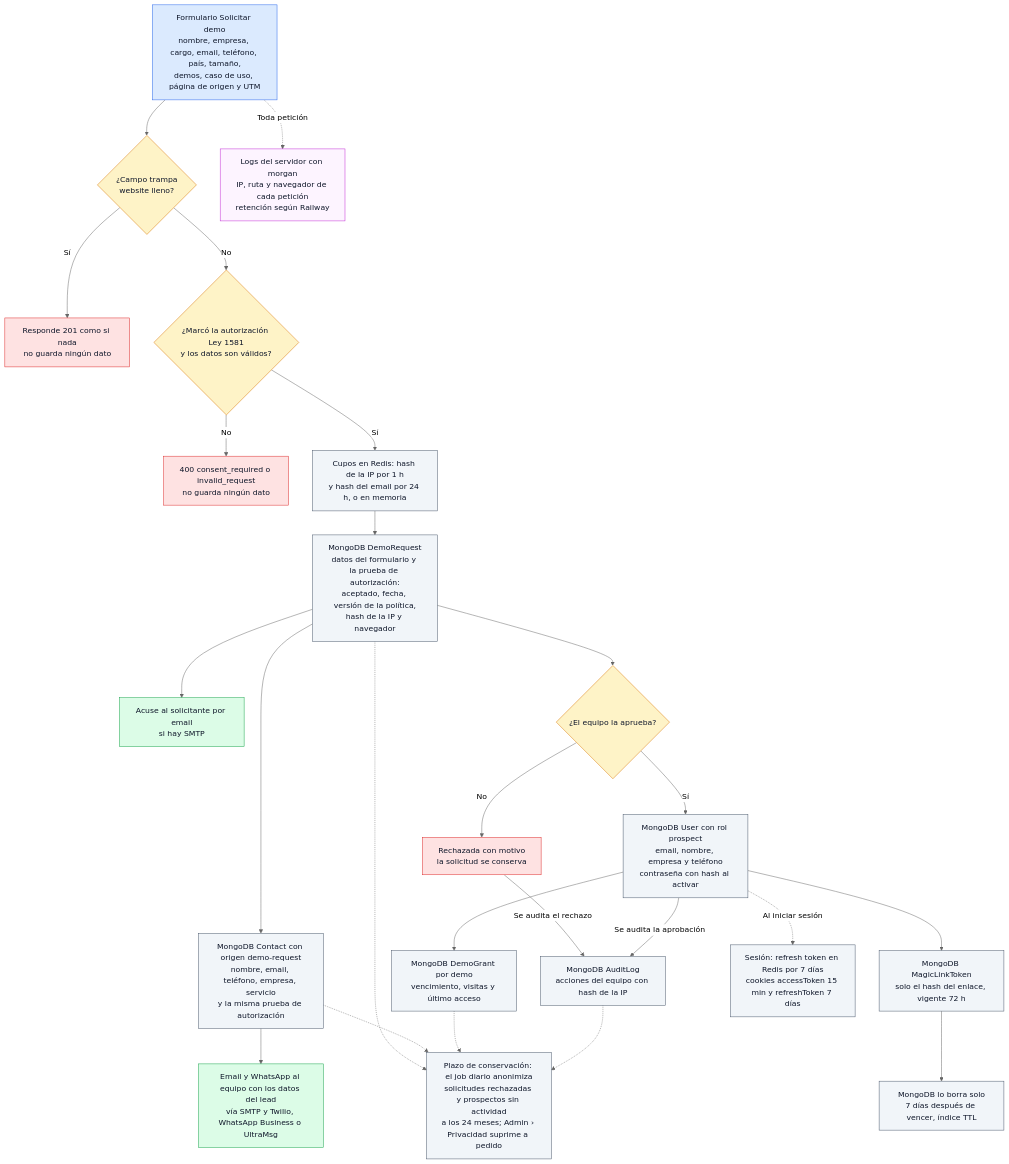
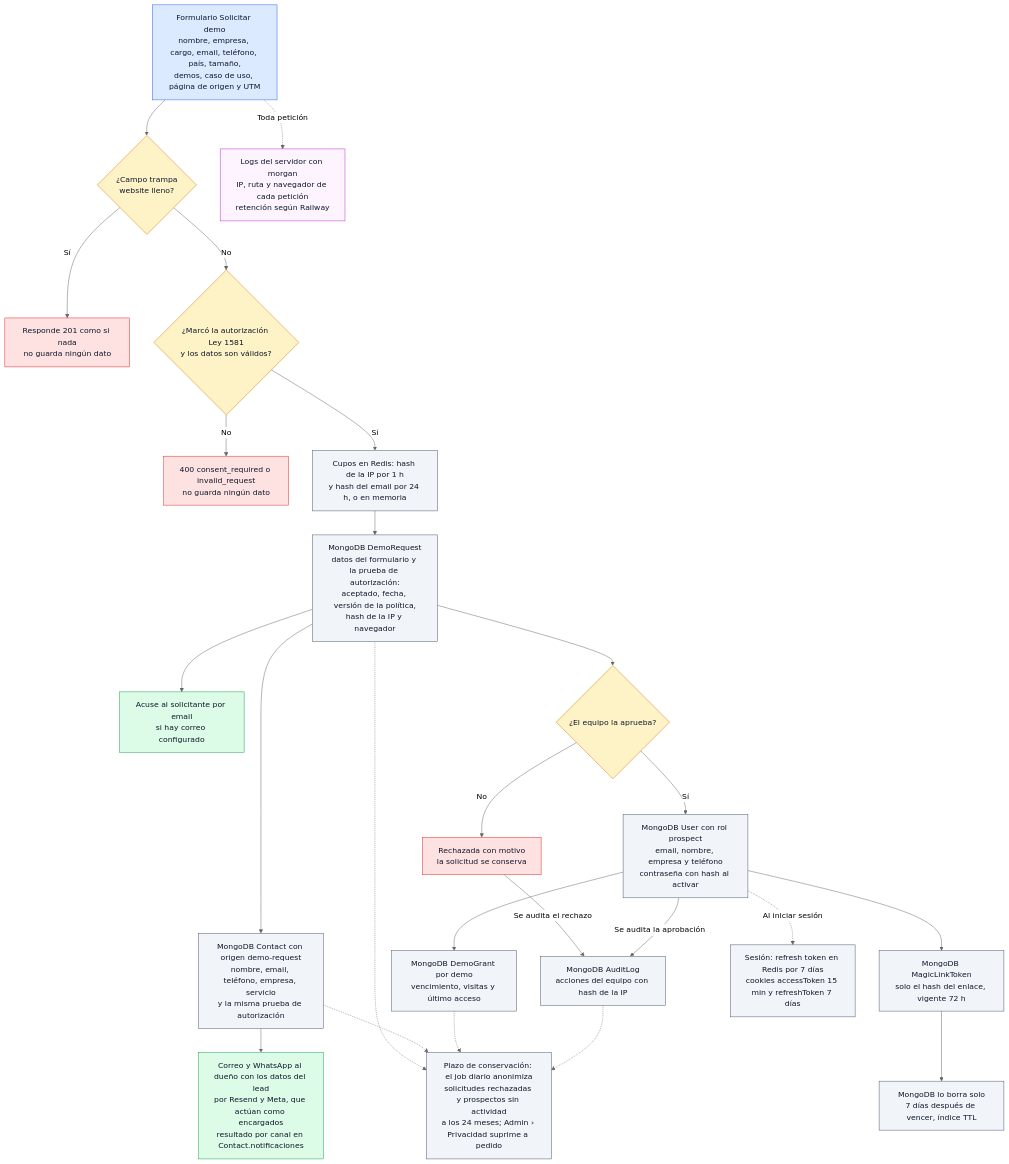
One commit to ronalc90/koptup changed diagram 22 of 26 in docs/wiki/Doc-14-3-Flujos-Tecnicos.md. Above: the diagram before and after it, drawn with Mermaid (neutral theme). The commit also changed other lines of this file and 45 other files, not shown here.

First line of the commit message:
docs(avisos): configuración de Resend y de la plantilla de WhatsApp, operación y wiki

````diff
--- a/docs/wiki/Doc-14-3-Flujos-Tecnicos.md
+++ b/docs/wiki/Doc-14-3-Flujos-Tecnicos.md
@@ -1365,51 +1368,51 @@
 ```mermaid
 flowchart TD
     classDef visitante fill:#dbeafe,stroke:#2563eb,color:#0f172a
     classDef sistema fill:#f1f5f9,stroke:#475569,color:#0f172a
     classDef admin fill:#f3e8ff,stroke:#9333ea,color:#0f172a
     classDef aviso fill:#dcfce7,stroke:#16a34a,color:#0f172a
     classDef decision fill:#fef3c7,stroke:#d97706,color:#0f172a
     classDef error fill:#fee2e2,stroke:#dc2626,color:#0f172a
     classDef externo fill:#fdf4ff,stroke:#c026d3,color:#0f172a
 
     F["Formulario Solicitar demo<br/>nombre, empresa, cargo, email, teléfono, país, tamaño,<br/>demos, caso de uso, página de origen y UTM"]:::visitante
     HP{"¿Campo trampa<br/>website lleno?"}:::decision
     BOT["Responde 201 como si nada<br/>no guarda ningún dato"]:::error
     CS{"¿Marcó la autorización Ley 1581<br/>y los datos son válidos?"}:::decision
     NO["400 consent_required o invalid_request<br/>no guarda ningún dato"]:::error
     RL["Cupos en Redis: hash de la IP por 1 h<br/>y hash del email por 24 h, o en memoria"]:::sistema
     DR["MongoDB DemoRequest<br/>datos del formulario y la prueba de autorización:<br/>aceptado, fecha, versión de la política,<br/>hash de la IP y navegador"]:::sistema
     CT["MongoDB Contact con origen demo-request<br/>nombre, email, teléfono, empresa, servicio<br/>y la misma prueba de autorización"]:::sistema
-    NT["Email y WhatsApp al equipo con los datos del lead<br/>vía SMTP y Twilio, WhatsApp Business o UltraMsg"]:::aviso
-    AK["Acuse al solicitante por email<br/>si hay SMTP"]:::aviso
+    NT["Correo y WhatsApp al dueño con los datos del lead<br/>por Resend y Meta, que actúan como encargados<br/>resultado por canal en Contact.notificaciones"]:::aviso
+    AK["Acuse al solicitante por email<br/>si hay correo configurado"]:::aviso
     AP{"¿El equipo la aprueba?"}:::decision
     US["MongoDB User con rol prospect<br/>email, nombre, empresa y teléfono<br/>contraseña con hash al activar"]:::sistema
     GR["MongoDB DemoGrant por demo<br/>vencimiento, visitas y último acceso"]:::sistema
     ML["MongoDB MagicLinkToken<br/>solo el hash del enlace, vigente 72 h"]:::sistema
     TTL["MongoDB lo borra solo<br/>7 días después de vencer, índice TTL"]:::sistema
     RJ["Rechazada con motivo<br/>la solicitud se conserva"]:::error
     AU["MongoDB AuditLog<br/>acciones del equipo con hash de la IP"]:::sistema
     SES["Sesión: refresh token en Redis por 7 días<br/>cookies accessToken 15 min y refreshToken 7 días"]:::sistema
     RET["Plazo de conservación: el job diario anonimiza<br/>solicitudes rechazadas y prospectos sin actividad<br/>a los 24 meses; Admin › Privacidad suprime a pedido"]:::sistema
     LG["Logs del servidor con morgan<br/>IP, ruta y navegador de cada petición<br/>retención según Railway"]:::externo
 
     F --> HP
     HP -->|Sí| BOT
     HP -->|No| CS
     CS -->|No| NO
     CS -->|Sí| RL --> DR
     DR --> CT --> NT
     DR --> AK
     DR --> AP
     AP -->|Sí| US --> GR
     US --> ML --> TTL
     AP -->|No| RJ
     RJ -->|Se audita el rechazo| AU
     US -->|Se audita la aprobación| AU
     US -.->|Al iniciar sesión| SES
     DR -.-> RET
     CT -.-> RET
     GR -.-> RET
     AU -.-> RET
     F -.->|Toda petición| LG
 ```
````
